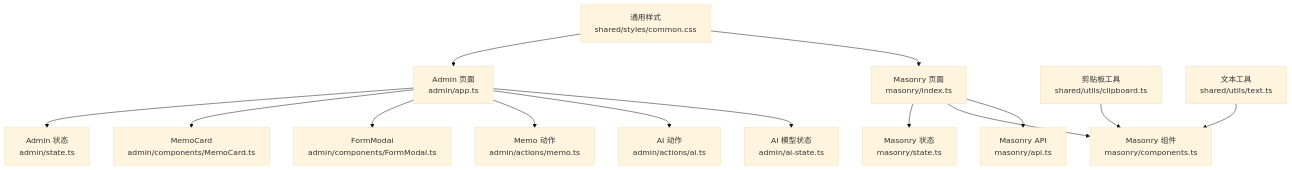
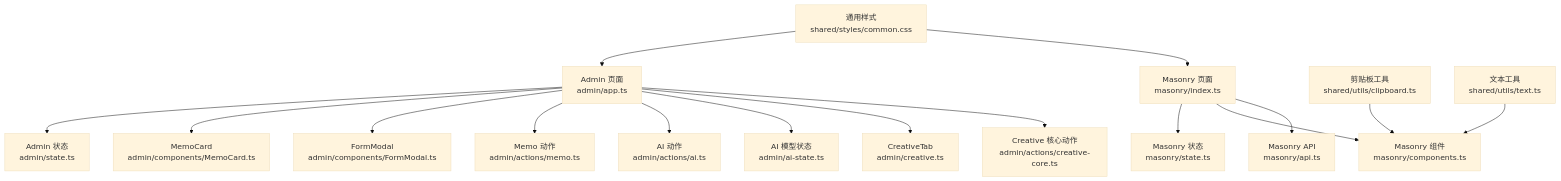
The second of 8 diagrams in .qoder/repowiki/zh/content/前端应用/前端应用.md (BlackBoxRecorder/memos), drawn with Mermaid (base theme) before and after one commit. The commit also changed other lines of this file and 3 other files, not shown here.

````diff
--- a/.qoder/repowiki/zh/content/前端应用/前端应用.md
+++ b/.qoder/repowiki/zh/content/前端应用/前端应用.md
@@ -148,16 +152,18 @@
 ```mermaid
 graph TB
 UI_Admin["Admin 页面<br/>admin/app.ts"] --> State_Admin["Admin 状态<br/>admin/state.ts"]
 UI_Admin --> Comp_MemoCard["MemoCard<br/>admin/components/MemoCard.ts"]
 UI_Admin --> Comp_FormModal["FormModal<br/>admin/components/FormModal.ts"]
 UI_Admin --> Actions_Memo["Memo 动作<br/>admin/actions/memo.ts"]
 UI_Admin --> Actions_AI["AI 动作<br/>admin/actions/ai.ts"]
 UI_Admin --> AI_State["AI 模型状态<br/>admin/ai-state.ts"]
+UI_Admin --> CreativeTab["CreativeTab<br/>admin/creative.ts"]
+UI_Admin --> CreativeCore["Creative 核心动作<br/>admin/actions/creative-core.ts"]
 UI_Masonry["Masonry 页面<br/>masonry/index.ts"] --> State_Masonry["Masonry 状态<br/>masonry/state.ts"]
 UI_Masonry --> Comp_Masonry["Masonry 组件<br/>masonry/components.ts"]
 UI_Masonry --> API_Masonry["Masonry API<br/>masonry/api.ts"]
 Common_CSS["通用样式<br/>shared/styles/common.css"] --> UI_Admin
 Common_CSS --> UI_Masonry
 Clipboard["剪贴板工具<br/>shared/utils/clipboard.ts"] --> Comp_Masonry
 TextUtil["文本工具<br/>shared/utils/text.ts"] --> Comp_Masonry
 ```
````
